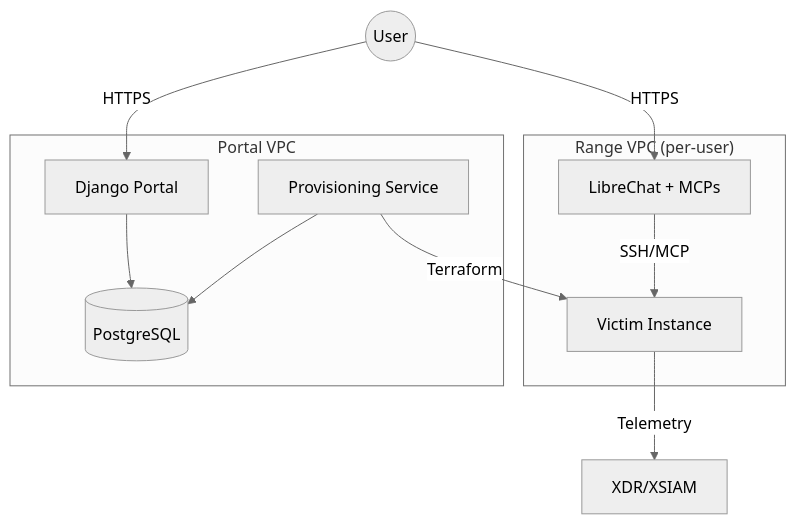
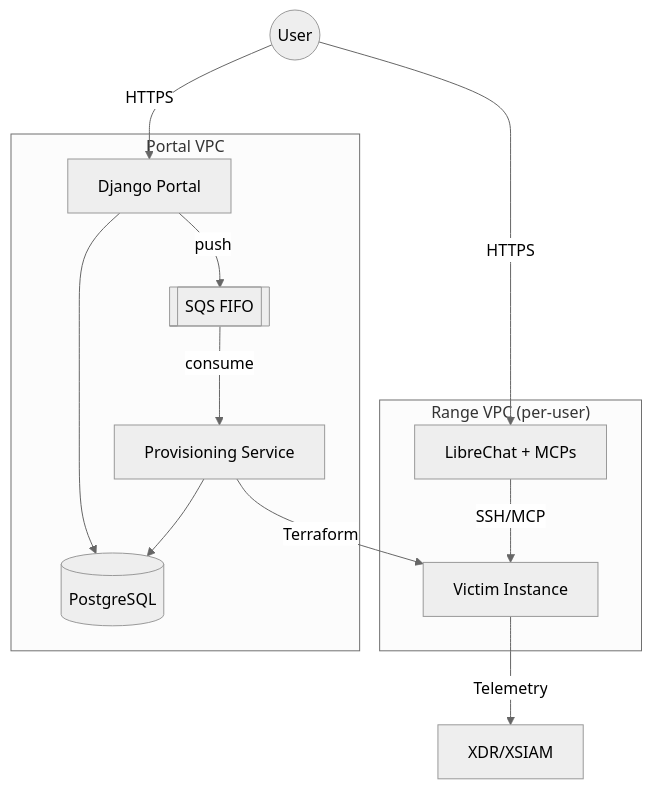
The first of 5 diagrams in docs/architecture.md (PaloAltoNetworks/shifter), drawn with Mermaid (neutral theme) before and after one commit. The commit also changed other lines of this file and 15 other files, not shown here.

````diff
--- a/docs/architecture.md
+++ b/docs/architecture.md
@@ -11,21 +11,24 @@
 ```mermaid
 graph TB
     subgraph "Portal VPC"
         Portal[Django Portal]
         RDS[(PostgreSQL)]
+        SQS[[SQS FIFO]]
         Provisioner[Provisioning Service]
         Portal --> RDS
+        Portal -->|push| SQS
+        SQS -->|consume| Provisioner
         Provisioner --> RDS
     end
 
     subgraph "Range VPC (per-user)"
         LibreChat[LibreChat + MCPs]
         Victim[Victim Instance]
         LibreChat -->|SSH/MCP| Victim
     end
 
     User((User)) -->|HTTPS| Portal
     User -->|HTTPS| LibreChat
     Provisioner -->|Terraform| Victim
     Victim -->|Telemetry| XDR[XDR/XSIAM]
 ```
````
